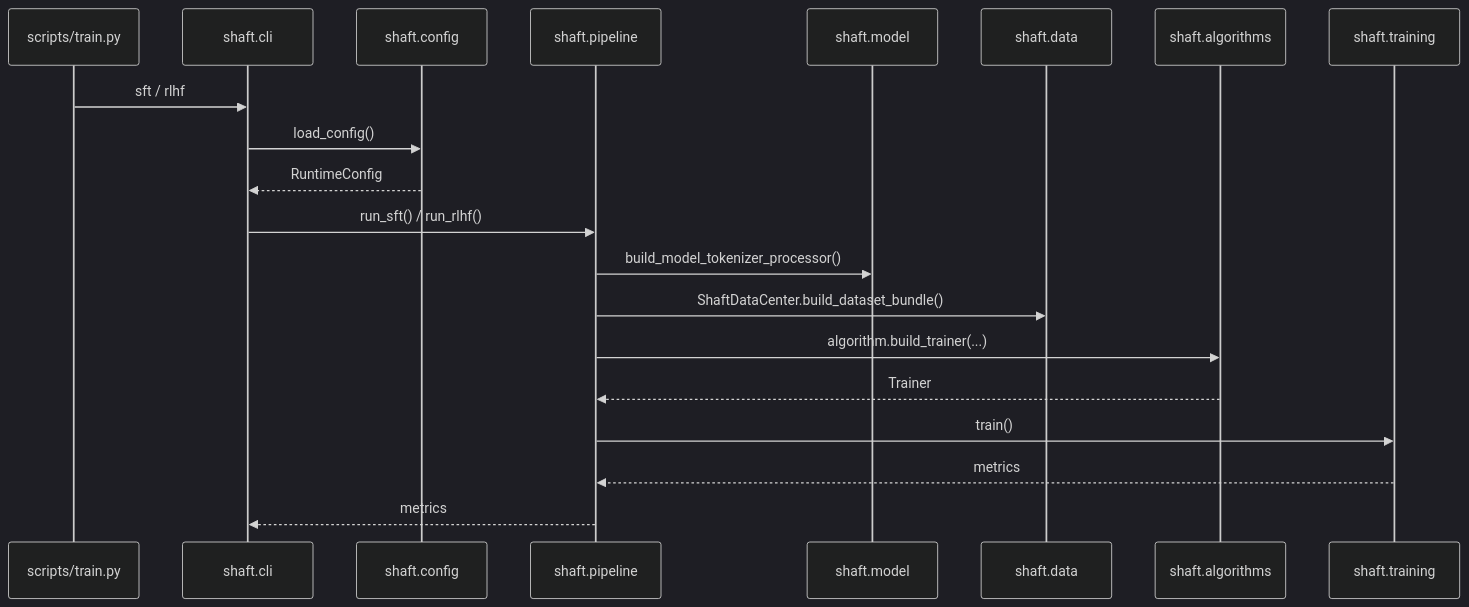
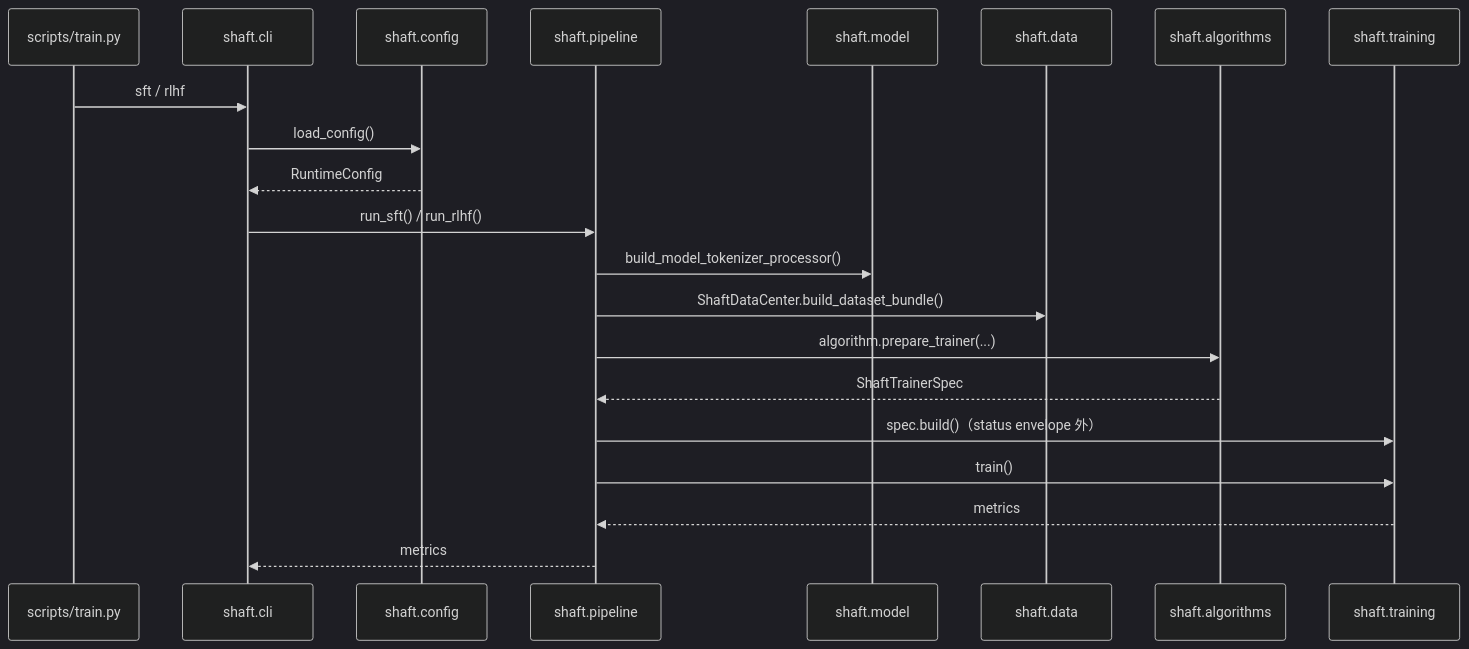
The second of 3 diagrams in docs/architecture.md (BITnene465/shaft), drawn with Mermaid (dark theme) before and after one commit. The commit also changed other lines of this file and 137 other files, not shown here.

````diff
--- a/docs/architecture.md
+++ b/docs/architecture.md
@@ -109,23 +109,24 @@
 ```mermaid
 sequenceDiagram
     participant Script as scripts/train.py
     participant CLI as shaft.cli
     participant Config as shaft.config
     participant Pipeline as shaft.pipeline
     participant Model as shaft.model
     participant Data as shaft.data
     participant Algo as shaft.algorithms
     participant Trainer as shaft.training
 
     Script->>CLI: sft / rlhf
     CLI->>Config: load_config()
     Config-->>CLI: RuntimeConfig
     CLI->>Pipeline: run_sft() / run_rlhf()
     Pipeline->>Model: build_model_tokenizer_processor()
     Pipeline->>Data: ShaftDataCenter.build_dataset_bundle()
-    Pipeline->>Algo: algorithm.build_trainer(...)
-    Algo-->>Pipeline: Trainer
+    Pipeline->>Algo: algorithm.prepare_trainer(...)
+    Algo-->>Pipeline: ShaftTrainerSpec
+    Pipeline->>Trainer: spec.build()（status envelope 外）
     Pipeline->>Trainer: train()
     Trainer-->>Pipeline: metrics
     Pipeline-->>CLI: metrics
 ```
````
